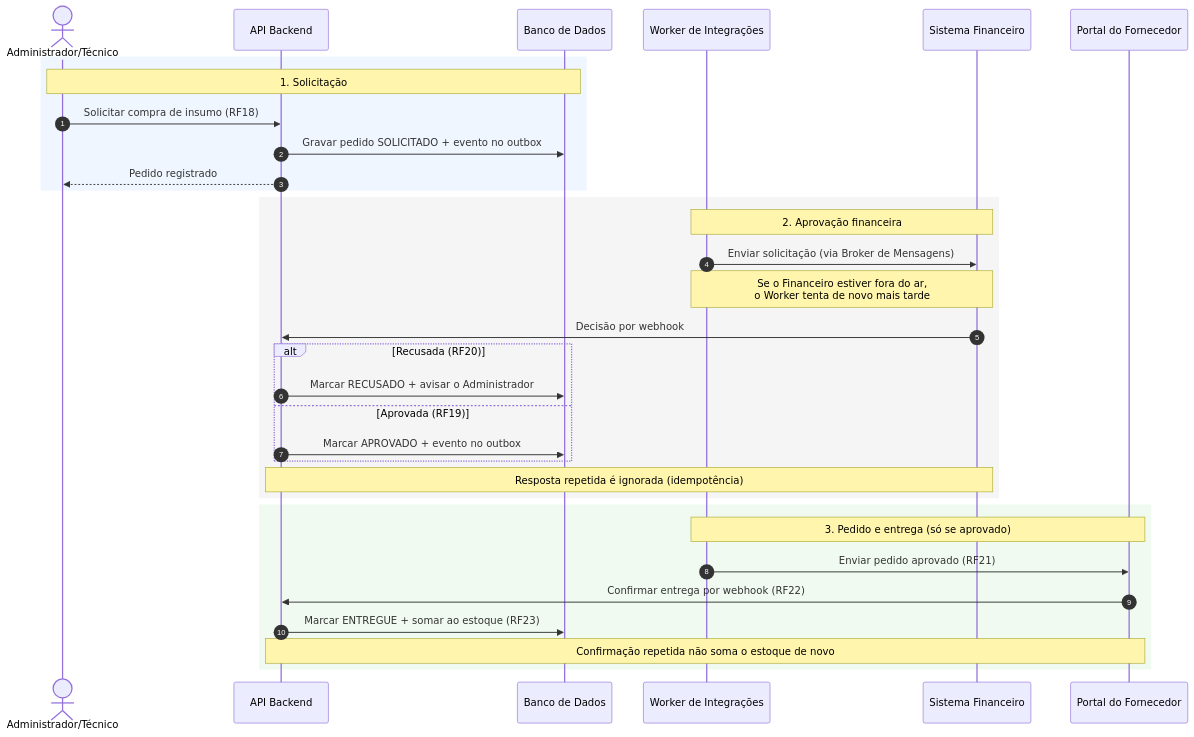
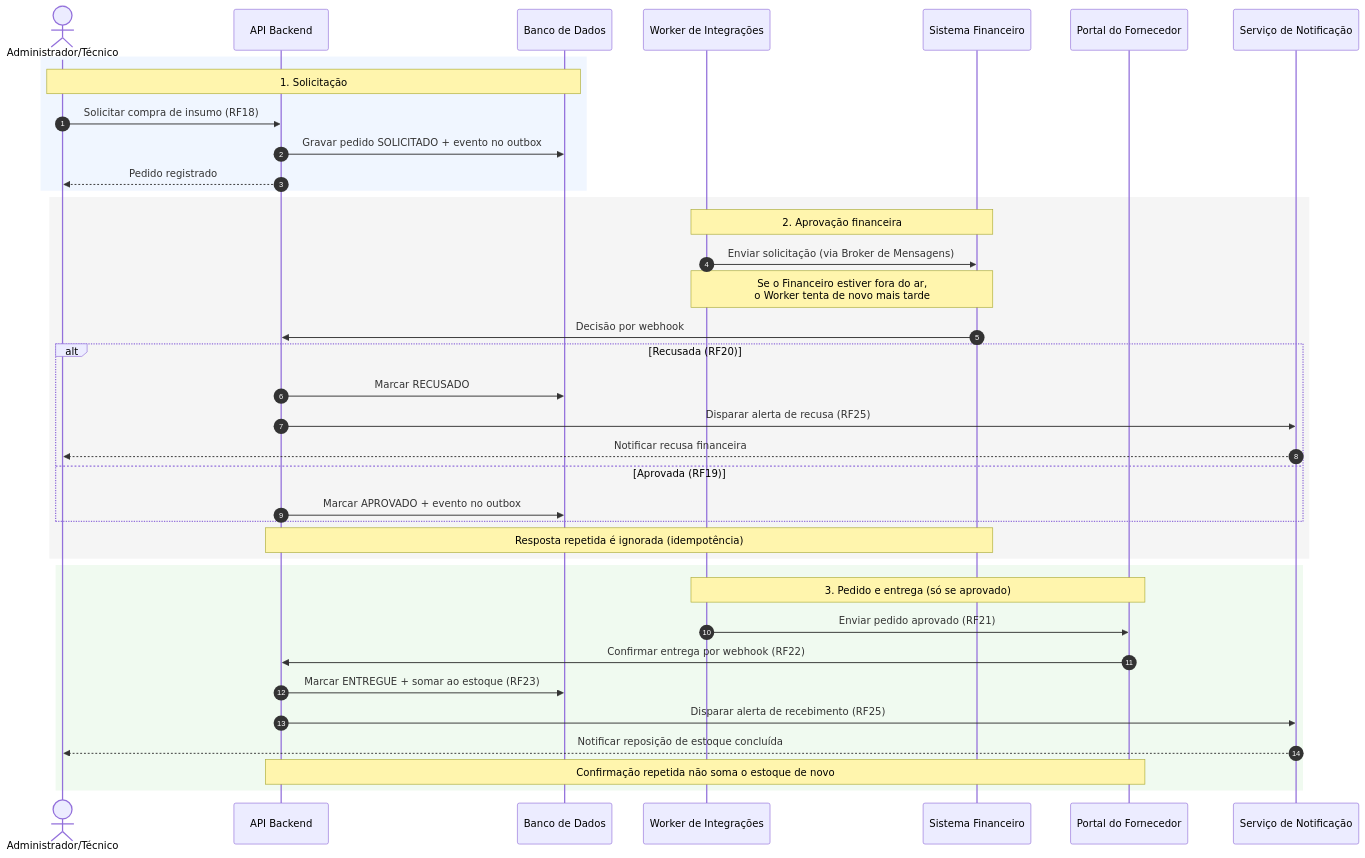
One commit to MateusM312/model-storming-fablab changed the diagram in docs/architecture/sequencia-compra.mmd. Above: the diagram before and after it, drawn with Mermaid. The commit also changed 1 other file, not shown here.

```diff
--- a/docs/architecture/sequencia-compra.mmd
+++ b/docs/architecture/sequencia-compra.mmd
@@ -1,37 +1,42 @@
 sequenceDiagram
     autonumber
     actor Adm as Administrador/Técnico
     participant API as API Backend
     participant DB as Banco de Dados
     participant Worker as Worker de Integrações
     participant Fin as Sistema Financeiro
     participant Forn as Portal do Fornecedor
+    participant Notif as Serviço de Notificação
 
     rect rgb(240, 246, 255)
     Note over Adm,DB: 1. Solicitação
     Adm->>API: Solicitar compra de insumo (RF18)
     API->>DB: Gravar pedido SOLICITADO + evento no outbox
     API-->>Adm: Pedido registrado
     end
 
     rect rgb(245, 245, 245)
     Note over Worker,Fin: 2. Aprovação financeira
     Worker->>Fin: Enviar solicitação (via Broker de Mensagens)
     Note over Worker,Fin: Se o Financeiro estiver fora do ar,<br/>o Worker tenta de novo mais tarde
     Fin->>API: Decisão por webhook
 
     alt Recusada (RF20)
-        API->>DB: Marcar RECUSADO + avisar o Administrador
+        API->>DB: Marcar RECUSADO
+        API->>Notif: Disparar alerta de recusa (RF25)
+        Notif-->>Adm: Notificar recusa financeira
     else Aprovada (RF19)
         API->>DB: Marcar APROVADO + evento no outbox
     end
     Note over Fin,API: Resposta repetida é ignorada (idempotência)
     end
 
     rect rgb(240, 250, 240)
     Note over Worker,Forn: 3. Pedido e entrega (só se aprovado)
     Worker->>Forn: Enviar pedido aprovado (RF21)
     Forn->>API: Confirmar entrega por webhook (RF22)
     API->>DB: Marcar ENTREGUE + somar ao estoque (RF23)
+    API->>Notif: Disparar alerta de recebimento (RF25)
+    Notif-->>Adm: Notificar reposição de estoque concluída
     Note over Forn,API: Confirmação repetida não soma o estoque de novo
     end
```
